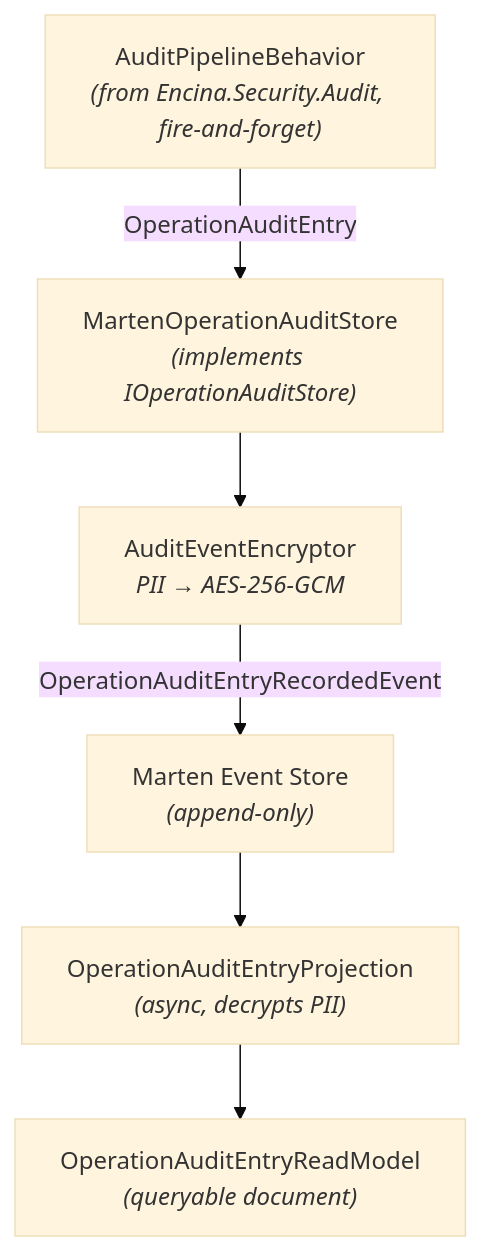
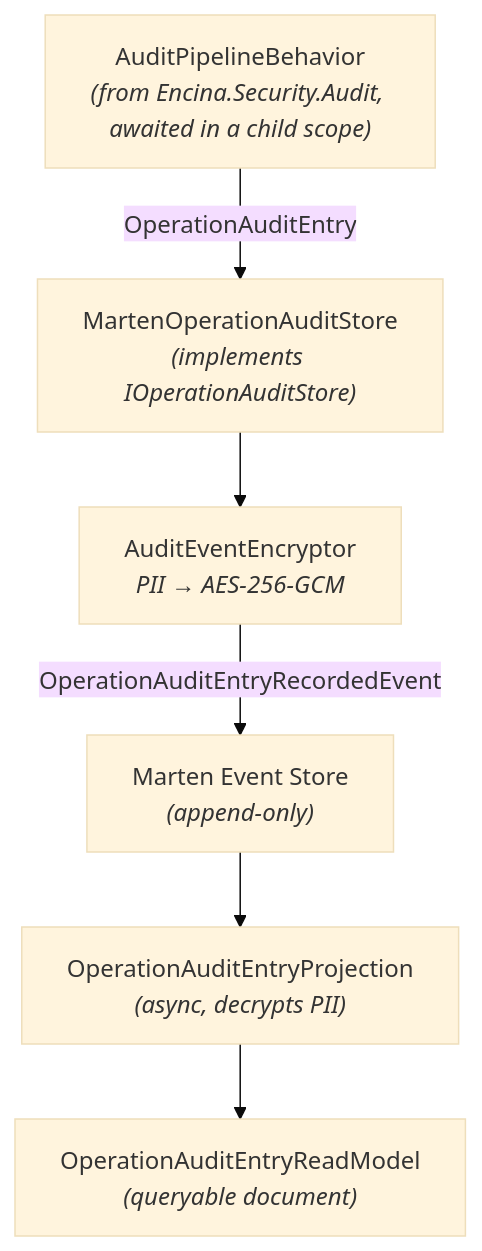
Before and after one commit to dlrivada/Encina: the diagram in docs/features/audit-marten.md, drawn with Mermaid (base theme). The commit also changed other lines of this file, not shown here.

Commit message:
docs(audit): describe the awaited operation audit write and its failure mode (#1869)

````diff
--- a/docs/features/audit-marten.md
+++ b/docs/features/audit-marten.md
@@ -28,15 +28,15 @@
 ```mermaid
 flowchart TD
-    A["AuditPipelineBehavior<br/><i>(from Encina.Security.Audit, fire-and-forget)</i>"]
+    A["AuditPipelineBehavior<br/><i>(from Encina.Security.Audit, awaited in a child scope)</i>"]
     B["MartenOperationAuditStore<br/><i>(implements IOperationAuditStore)</i>"]
     C["AuditEventEncryptor<br/><i>PII → AES-256-GCM</i>"]
     D["Marten Event Store<br/><i>(append-only)</i>"]
     E["OperationAuditEntryProjection<br/><i>(async, decrypts PII)</i>"]
     F["OperationAuditEntryReadModel<br/><i>(queryable document)</i>"]
 
     A -- "OperationAuditEntry" --> B
     B --> C
     C -- "OperationAuditEntryRecordedEvent" --> D
     D --> E
     E --> F
 ```
````
